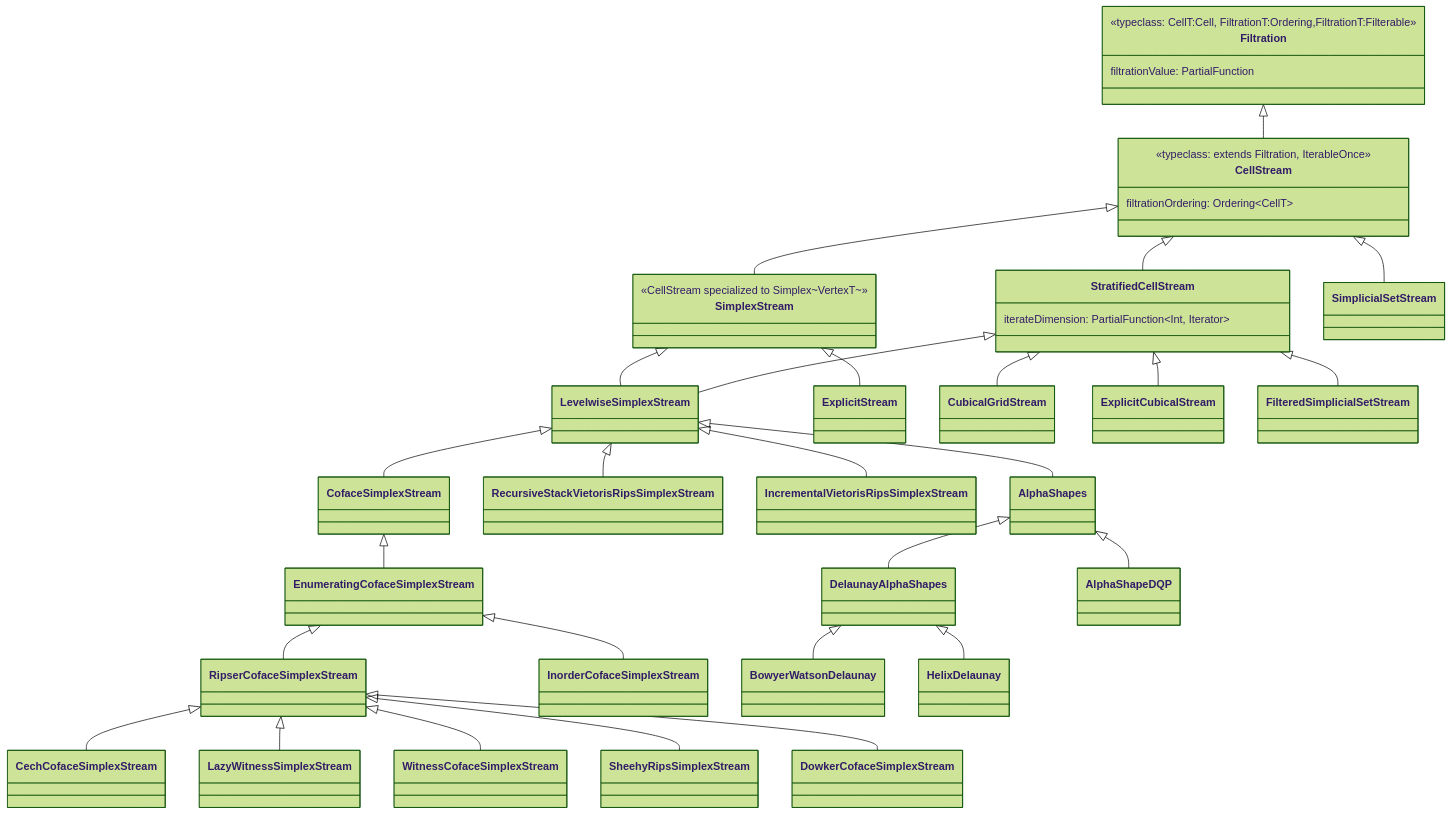
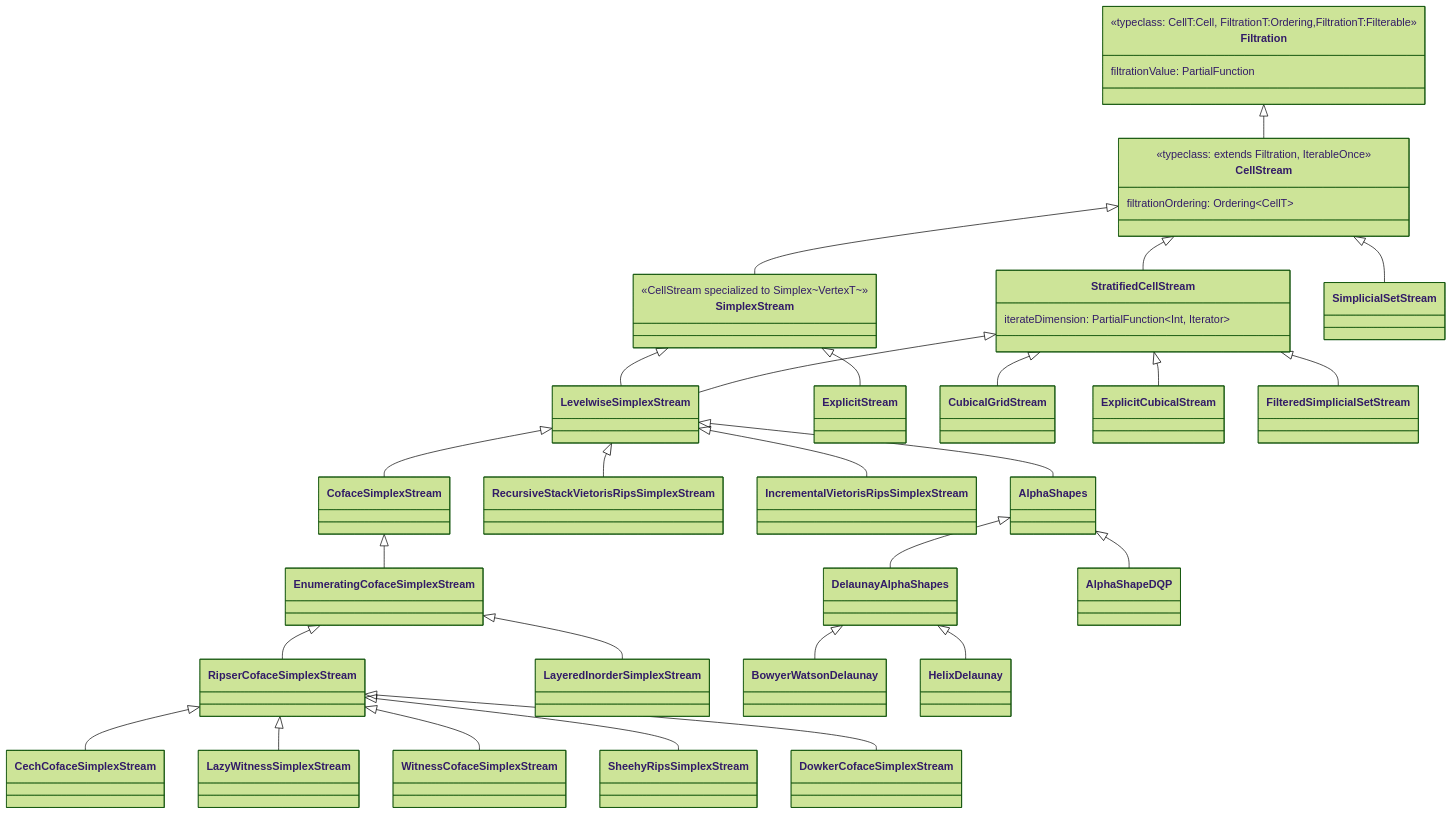
Before and after one commit to appliedtopology/tda4j: the fourth of 11 diagrams in _docs/developers-guide/class-diagrams.md, drawn with Mermaid (forest theme). The commit also changed 9 other files, not shown here.

First line of the commit message:
Delete InorderCofaceSimplexStream (#182)

````diff
--- a/_docs/developers-guide/class-diagrams.md
+++ b/_docs/developers-guide/class-diagrams.md
@@ -134,43 +134,43 @@
 ```mermaid
 classDiagram
     class Filtration {
         <<typeclass: CellT:Cell, FiltrationT:Ordering,FiltrationT:Filterable>>
         filtrationValue: PartialFunction
     }
     class CellStream {
         <<typeclass: extends Filtration, IterableOnce>>
         filtrationOrdering: Ordering~CellT~
     }
     class SimplexStream {
         <<CellStream specialized to Simplex~VertexT~>>
     }
     class StratifiedCellStream {
         iterateDimension: PartialFunction~Int, Iterator~
     }
     Filtration <|-- CellStream
     CellStream <|-- SimplexStream
     CellStream <|-- StratifiedCellStream
     SimplexStream <|-- LevelwiseSimplexStream
     StratifiedCellStream <|-- LevelwiseSimplexStream
     LevelwiseSimplexStream <|-- CofaceSimplexStream
     CofaceSimplexStream <|-- EnumeratingCofaceSimplexStream
     EnumeratingCofaceSimplexStream <|-- RipserCofaceSimplexStream
     RipserCofaceSimplexStream <|-- CechCofaceSimplexStream
     RipserCofaceSimplexStream <|-- LazyWitnessSimplexStream
     RipserCofaceSimplexStream <|-- WitnessCofaceSimplexStream
     RipserCofaceSimplexStream <|-- SheehyRipsSimplexStream
     RipserCofaceSimplexStream <|-- DowkerCofaceSimplexStream
-    EnumeratingCofaceSimplexStream <|-- InorderCofaceSimplexStream
+    EnumeratingCofaceSimplexStream <|-- LayeredInorderSimplexStream
     SimplexStream <|-- ExplicitStream
     LevelwiseSimplexStream <|-- RecursiveStackVietorisRipsSimplexStream
     LevelwiseSimplexStream <|-- IncrementalVietorisRipsSimplexStream
     LevelwiseSimplexStream <|-- AlphaShapes
     AlphaShapes <|-- DelaunayAlphaShapes
     DelaunayAlphaShapes <|-- BowyerWatsonDelaunay
     DelaunayAlphaShapes <|-- HelixDelaunay
     AlphaShapes <|-- AlphaShapeDQP
     StratifiedCellStream <|-- CubicalGridStream
     StratifiedCellStream <|-- ExplicitCubicalStream
     CellStream <|-- SimplicialSetStream
     StratifiedCellStream <|-- FilteredSimplicialSetStream
 ```
````
